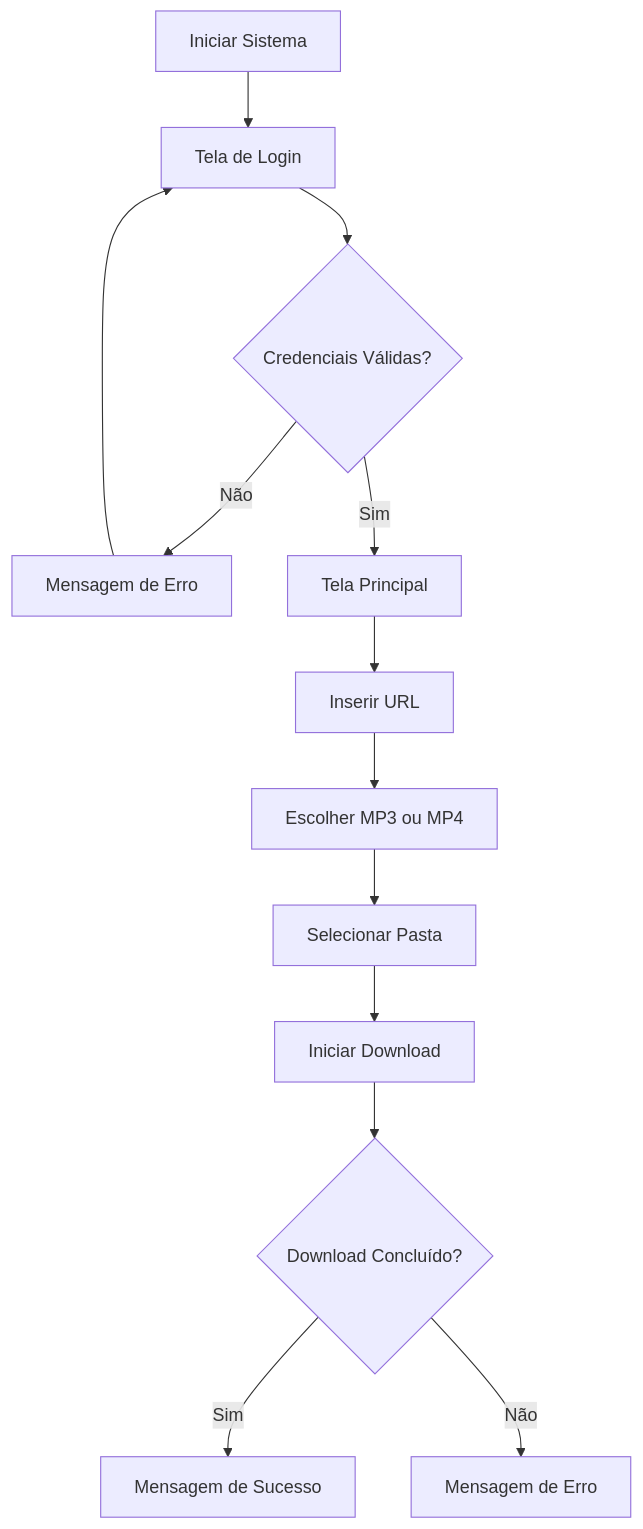
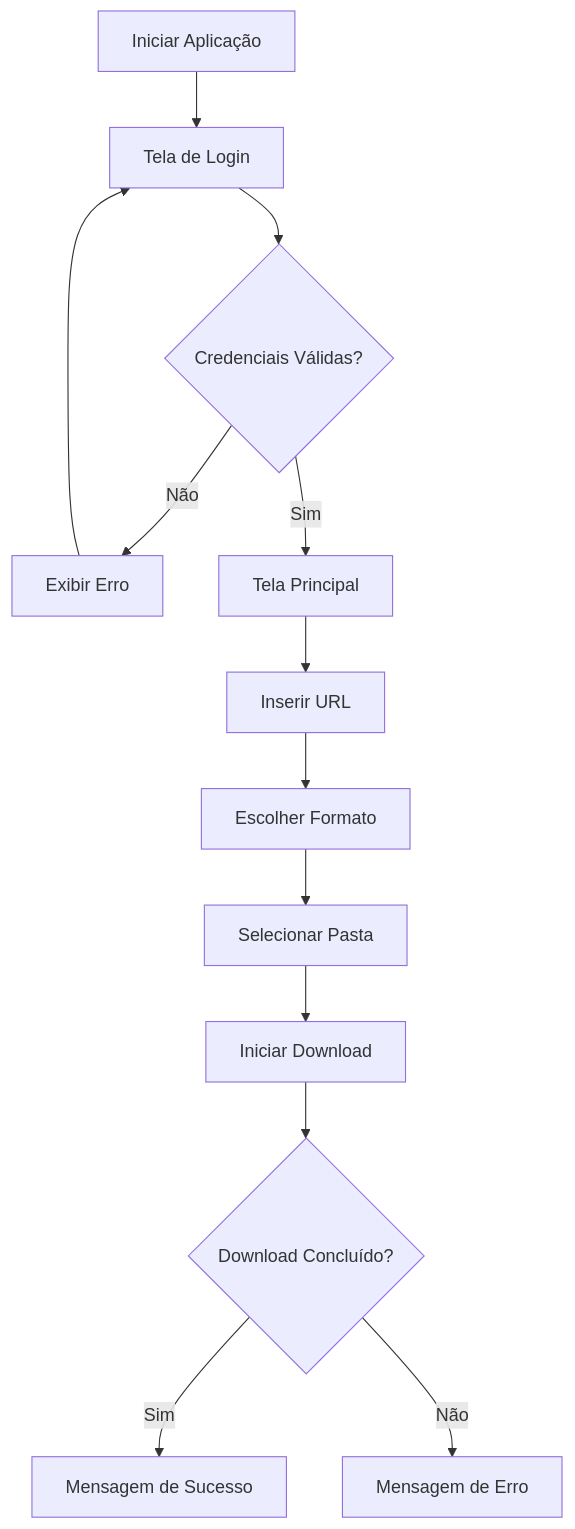
Before and after one commit to FeeSz/Downloader-python: the diagram in README.md, drawn with Mermaid. The commit also changed other lines of this file, not shown here.

````diff
--- a/README.md
+++ b/README.md
@@ -148,26 +155,26 @@
 ```mermaid
 graph TD
 
-A[Iniciar Sistema] --> B[Tela de Login]
+A[Iniciar Aplicação] --> B[Tela de Login]
 
 B --> C{Credenciais Válidas?}
 
-C -->|Não| D[Mensagem de Erro]
+C -->|Não| D[Exibir Erro]
 D --> B
 
 C -->|Sim| E[Tela Principal]
 
 E --> F[Inserir URL]
 
-F --> G[Escolher MP3 ou MP4]
+F --> G[Escolher Formato]
 
 G --> H[Selecionar Pasta]
 
 H --> I[Iniciar Download]
 
 I --> J{Download Concluído?}
 
 J -->|Sim| K[Mensagem de Sucesso]
 
 J -->|Não| L[Mensagem de Erro]
 ```
````
